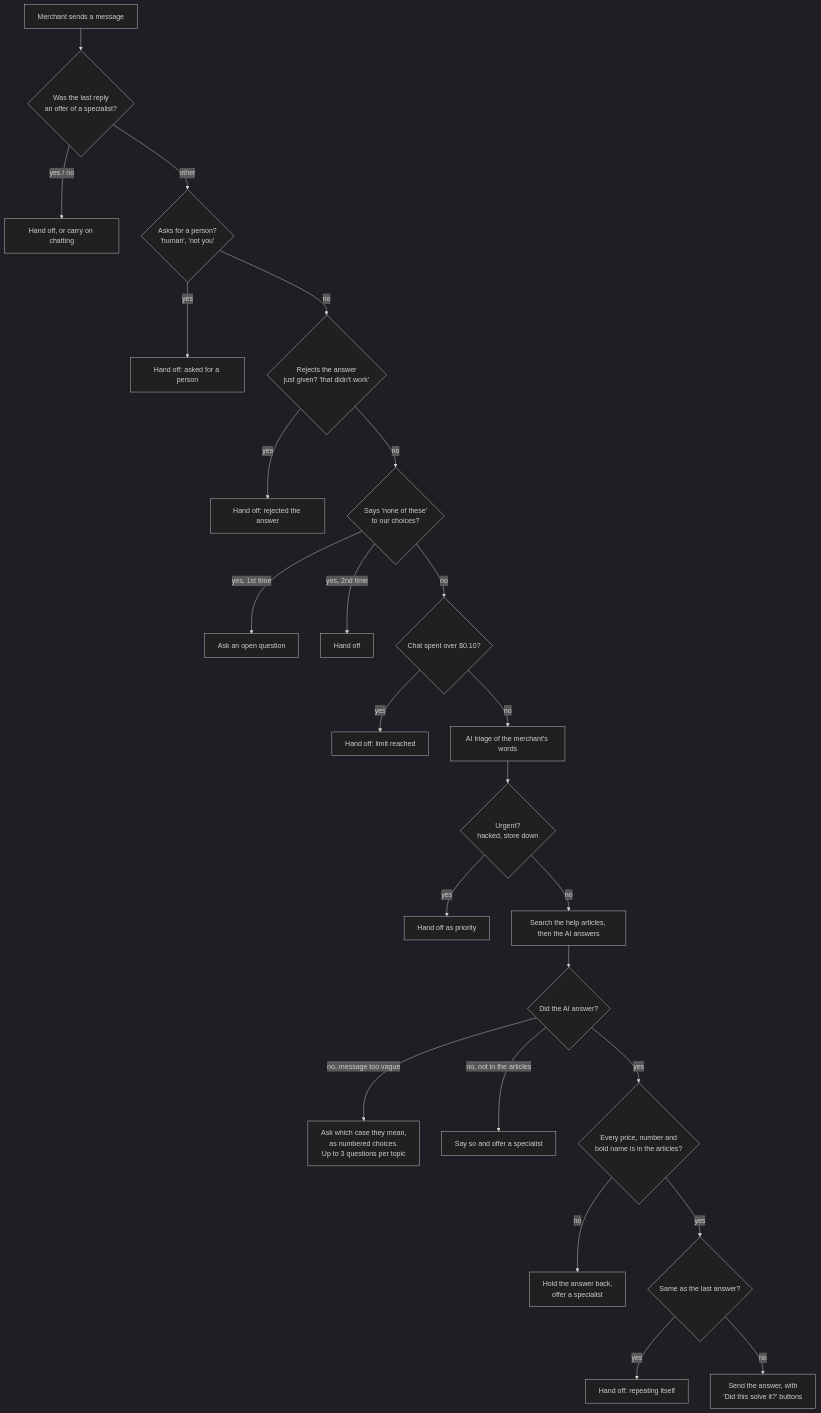
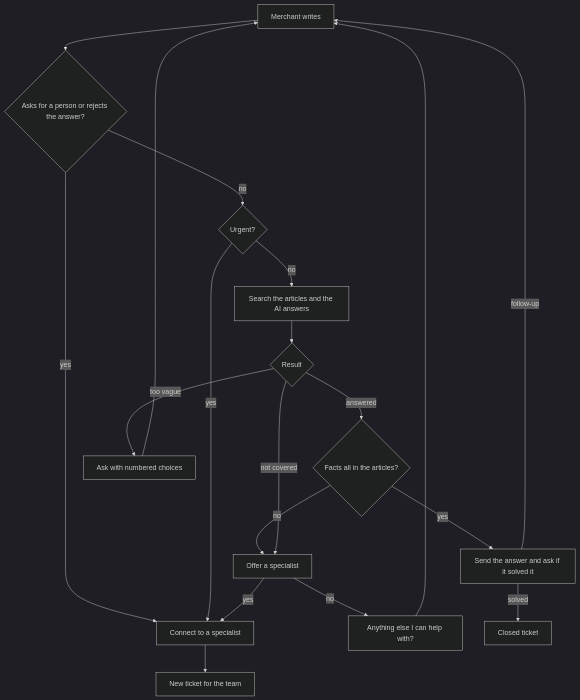
Before and after one commit to reut1990/support-ai-assistant: the diagram in docs/chat-logic.md, drawn with Mermaid (dark theme). The commit also changed other lines of this file, not shown here.

Commit message:
Docs: chat flow in conversation order
Claude-Session: https://claude.ai/code/session_01RQVXmxAzshtqGiYzBEQpKb

````diff
--- a/docs/chat-logic.md
+++ b/docs/chat-logic.md
@@ -7,26 +19,21 @@
 ```mermaid
 flowchart TD
-    M[Merchant sends a message] --> A{Was the last reply<br/>an offer of a specialist?}
-    A -- "yes / no" --> A1[Hand off, or carry on chatting]
-    A -- other --> B{Asks for a person?<br/>'human', 'not you'}
-    B -- yes --> H1[Hand off: asked for a person]
-    B -- no --> C{Rejects the answer<br/>just given? 'that didn't work'}
-    C -- yes --> H2[Hand off: rejected the answer]
-    C -- no --> D{Says 'none of these'<br/>to our choices?}
-    D -- "yes, 1st time" --> Q1[Ask an open question]
-    D -- "yes, 2nd time" --> H3[Hand off]
-    D -- no --> E{Chat spent over $0.10?}
-    E -- yes --> H4[Hand off: limit reached]
-    E -- no --> F[AI triage of the merchant's words]
-    F --> G{Urgent?<br/>hacked, store down}
-    G -- yes --> H5[Hand off as priority]
-    G -- no --> S[Search the help articles, then the AI answers]
-    S --> I{Did the AI answer?}
-    I -- "no, message too vague" --> Q2[Ask which case they mean,<br/>as numbered choices.<br/>Up to 3 questions per topic]
-    I -- "no, not in the articles" --> O1[Say so and offer a specialist]
-    I -- yes --> J{Every price, number and<br/>bold name is in the articles?}
-    J -- no --> O2[Hold the answer back,<br/>offer a specialist]
-    J -- yes --> K{Same as the last answer?}
-    K -- yes --> H6[Hand off: repeating itself]
-    K -- no --> R[Send the answer, with<br/>'Did this solve it?' buttons]
+    M[Merchant writes] --> B{Asks for a person or rejects the answer?}
+    B -- yes --> H[Connect to a specialist]
+    B -- no --> G{Urgent?}
+    G -- yes --> H
+    G -- no --> S[Search the articles and the AI answers]
+    S --> I{Result}
+    I -- answered --> J{Facts all in the articles?}
+    J -- yes --> R[Send the answer and ask if it solved it]
+    J -- no --> O[Offer a specialist]
+    I -- too vague --> Q[Ask with numbered choices]
+    Q --> M
+    I -- not covered --> O
+    O -- yes --> H
+    O -- no --> N[Anything else I can help with?]
+    N --> M
+    R -- solved --> C[Closed ticket]
+    R -- follow-up --> M
+    H --> T[New ticket for the team]
 ```
````
